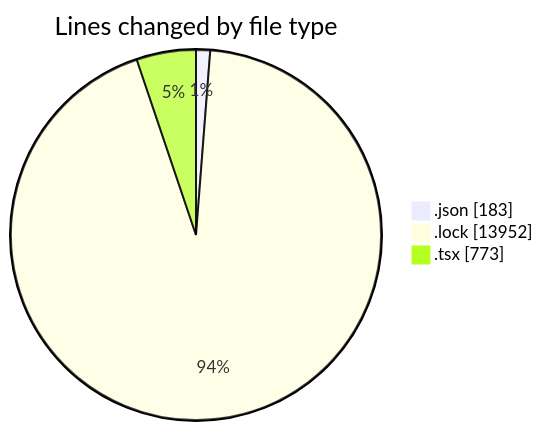
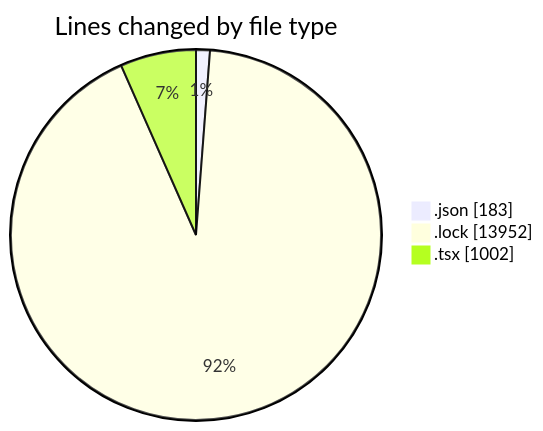
One commit to momahboobian/code-tracking changed the first of 2 diagrams in 2026-05-14/cda/README.md. Above: the diagram before and after it, drawn with Mermaid. The commit also changed other lines of this file and 1 other file, not shown here.

````diff
--- a/2026-05-14/cda/README.md
+++ b/2026-05-14/cda/README.md
@@ -27,7 +28,7 @@
 ```mermaid
 pie showData
 title Lines changed by file type
 ".json" : 183
 ".lock" : 13952
-".tsx" : 773
+".tsx" : 1002
 ```
````
